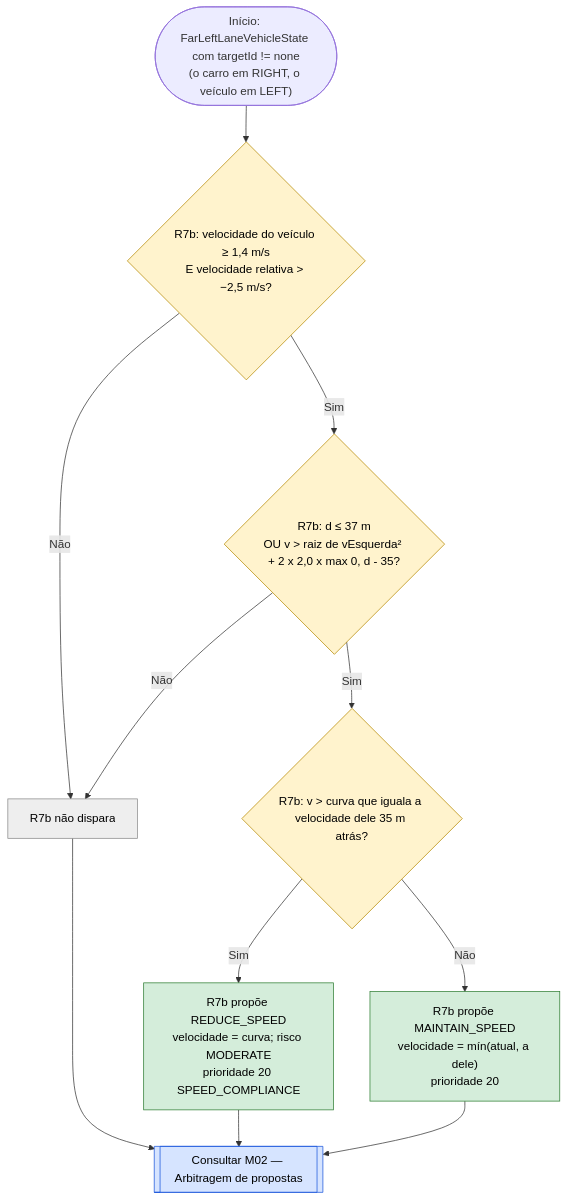
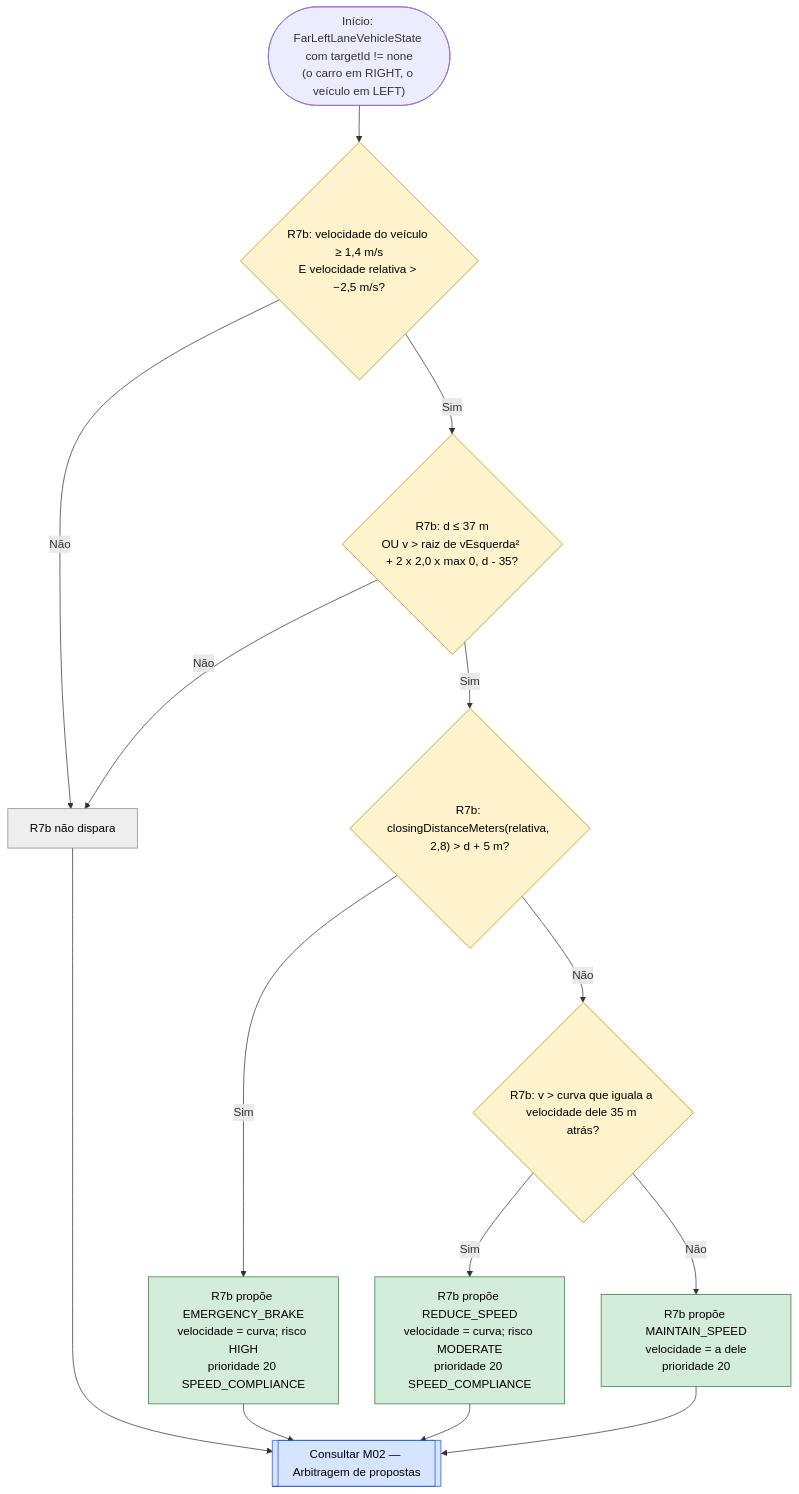
The fourth of 5 diagrams in docs/fluxogramas/C11-ultrapassagem-e-regresso-a-direita.md (1-2Drive/projeto-1), drawn with Mermaid before and after one commit. The commit also changed other lines of this file and 38 other files, not shown here.

````diff
--- a/docs/fluxogramas/C11-ultrapassagem-e-regresso-a-direita.md
+++ b/docs/fluxogramas/C11-ultrapassagem-e-regresso-a-direita.md
@@ -191,22 +200,25 @@
 ```mermaid
 flowchart TD
     C11E_S(["Início: FarLeftLaneVehicleState com targetId != none<br/>(o carro em RIGHT, o veículo em LEFT)"]) --> C11E_D1{"R7b: velocidade do veículo ≥ 1,4 m/s<br/>E velocidade relativa #gt; −2,5 m/s?"}
     C11E_D1 -- "Não" --> C11E_X["R7b não dispara"]
     C11E_D1 -- "Sim" --> C11E_D2{"R7b: d ≤ 37 m<br/>OU v #gt; raiz de vEsquerda² + 2 x 2,0 x max 0, d - 35?"}
     C11E_D2 -- "Não" --> C11E_X
-    C11E_D2 -- "Sim" --> C11E_D3{"R7b: v #gt; curva que iguala a velocidade dele 35 m atrás?"}
+    C11E_D2 -- "Sim" --> C11E_D2e{"R7b: closingDistanceMeters(relativa, 2,8) #gt; d + 5 m?"}
+    C11E_D2e -- "Sim" --> C11E_P0["R7b propõe EMERGENCY_BRAKE<br/>velocidade = curva; risco HIGH<br/>prioridade 20 SPEED_COMPLIANCE"]
+    C11E_D2e -- "Não" --> C11E_D3{"R7b: v #gt; curva que iguala a velocidade dele 35 m atrás?"}
     C11E_D3 -- "Sim" --> C11E_P1["R7b propõe REDUCE_SPEED<br/>velocidade = curva; risco MODERATE<br/>prioridade 20 SPEED_COMPLIANCE"]
-    C11E_D3 -- "Não" --> C11E_P2["R7b propõe MAINTAIN_SPEED<br/>velocidade = mín(atual, a dele)<br/>prioridade 20"]
-    C11E_P1 --> C11E_M2[["Consultar M02 — Arbitragem de propostas"]]
+    C11E_D3 -- "Não" --> C11E_P2["R7b propõe MAINTAIN_SPEED<br/>velocidade = a dele<br/>prioridade 20"]
+    C11E_P0 --> C11E_M2[["Consultar M02 — Arbitragem de propostas"]]
+    C11E_P1 --> C11E_M2
     C11E_P2 --> C11E_M2
     C11E_X --> C11E_M2
 
     classDef dec fill:#fff3cd,stroke:#b58900,color:#000
     classDef prop fill:#d4edda,stroke:#2e7d32,color:#000
     classDef nao fill:#eeeeee,stroke:#888888,color:#000
     classDef ref fill:#d6e4ff,stroke:#1a56db,color:#000
-    class C11E_D1,C11E_D2,C11E_D3 dec
-    class C11E_P1,C11E_P2 prop
+    class C11E_D1,C11E_D2,C11E_D2e,C11E_D3 dec
+    class C11E_P0,C11E_P1,C11E_P2 prop
     class C11E_X nao
     class C11E_M2 ref
 ```
````
